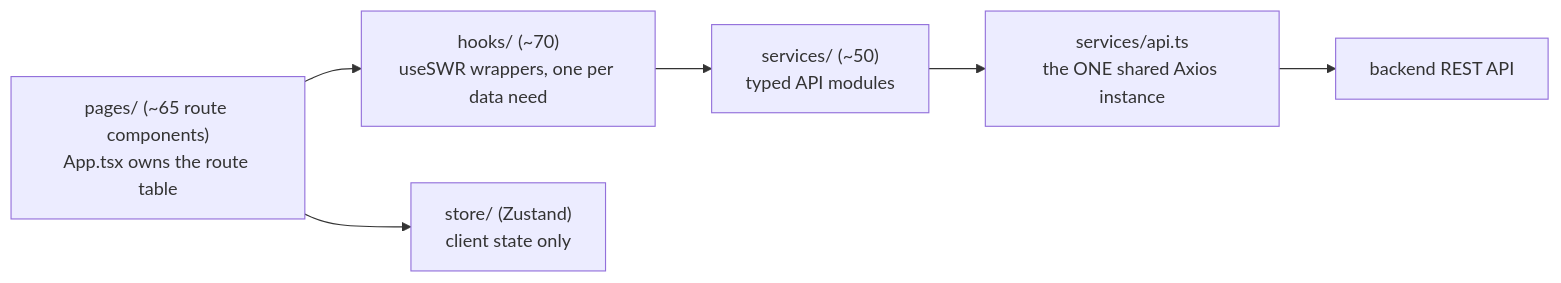
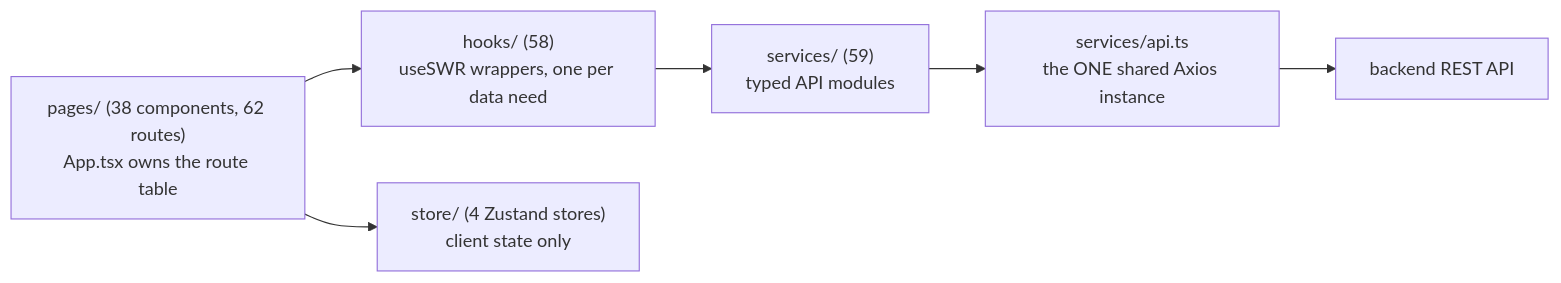
Before and after one commit to test-intelligence/testlookup: the diagram in architecture/FRONTEND.md, drawn with Mermaid. The commit also changed other lines of this file and 14 other files, not shown here.

First line of the commit message:
docs: bring architecture + user guide up to the current state of the app (#494)

````diff
--- a/architecture/FRONTEND.md
+++ b/architecture/FRONTEND.md
@@ -11,8 +11,8 @@
 ```mermaid
 flowchart LR
-    P["pages/ (~65 route components)<br/>App.tsx owns the route table"] --> H["hooks/ (~70)<br/>useSWR wrappers, one per data need"]
-    H --> S["services/ (~50)<br/>typed API modules"]
+    P["pages/ (38 components, 62 routes)<br/>App.tsx owns the route table"] --> H["hooks/ (58)<br/>useSWR wrappers, one per data need"]
+    H --> S["services/ (59)<br/>typed API modules"]
     S --> A["services/api.ts<br/>the ONE shared Axios instance"]
     A --> BE["backend REST API"]
-    P --> Z["store/ (Zustand)<br/>client state only"]
+    P --> Z["store/ (4 Zustand stores)<br/>client state only"]
 ```
````
